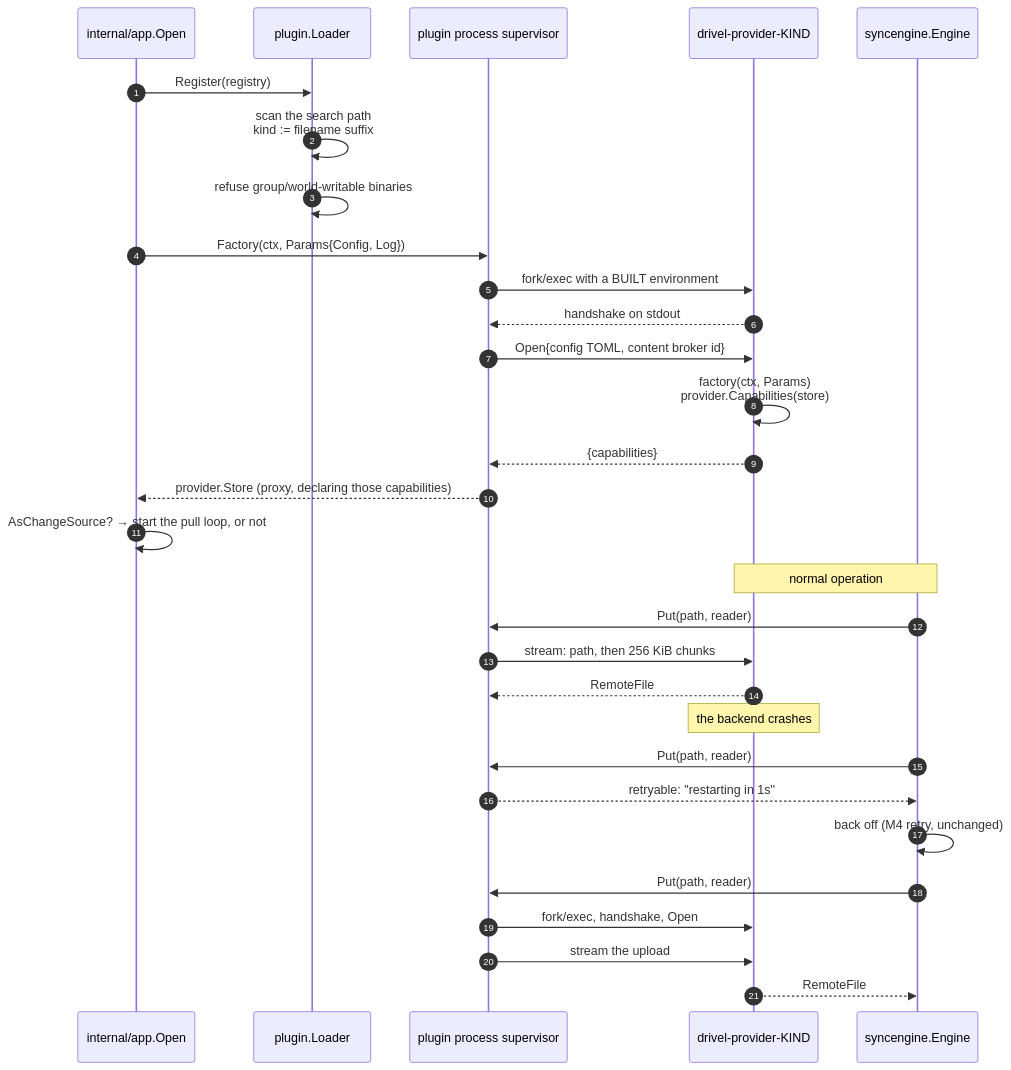
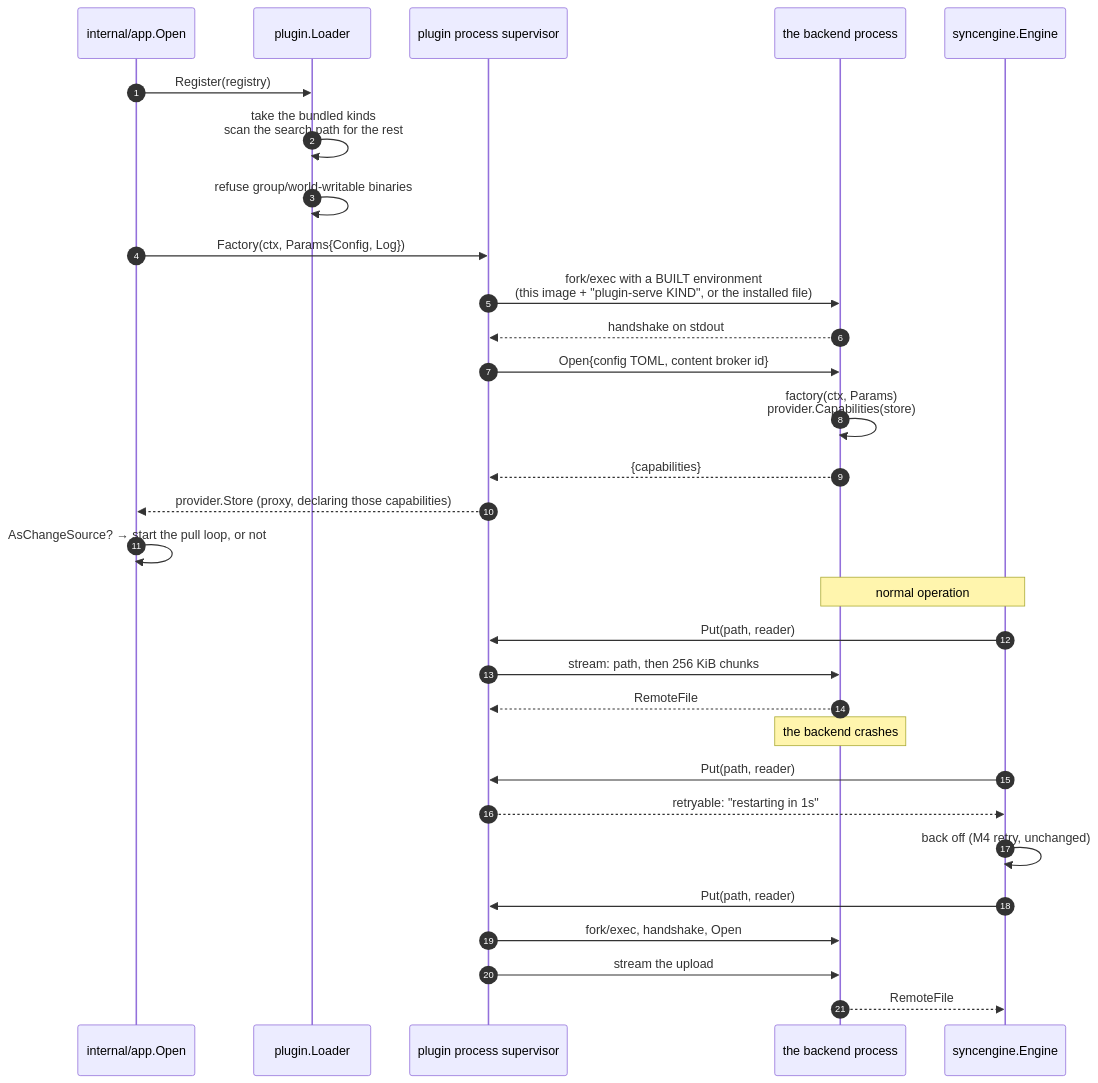
One commit to syshlted/drivel changed the eighth of 9 diagrams in docs/dev/workflows.md. Above: the diagram before and after it, drawn with Mermaid. The commit also changed other lines of this file and 36 other files, not shown here.

````diff
--- a/docs/dev/workflows.md
+++ b/docs/dev/workflows.md
@@ -357,35 +359,35 @@
 ```mermaid
 sequenceDiagram
     autonumber
     participant App as internal/app.Open
     participant Loader as plugin.Loader
     participant Proc as plugin process supervisor
-    participant Plug as drivel-provider-KIND
+    participant Plug as the backend process
     participant Engine as syncengine.Engine
 
     App->>Loader: Register(registry)
-    Loader->>Loader: scan the search path<br/>kind := filename suffix
+    Loader->>Loader: take the bundled kinds<br/>scan the search path for the rest
     Loader->>Loader: refuse group/world-writable binaries
     App->>Proc: Factory(ctx, Params{Config, Log})
-    Proc->>Plug: fork/exec with a BUILT environment
+    Proc->>Plug: fork/exec with a BUILT environment<br/>(this image + "plugin-serve KIND", or the installed file)
     Plug-->>Proc: handshake on stdout
     Proc->>Plug: Open{config TOML, content broker id}
     Plug->>Plug: factory(ctx, Params)<br/>provider.Capabilities(store)
     Plug-->>Proc: {capabilities}
     Proc-->>App: provider.Store (proxy, declaring those capabilities)
     App->>App: AsChangeSource? → start the pull loop, or not
 
     Note over Engine,Plug: normal operation
     Engine->>Proc: Put(path, reader)
     Proc->>Plug: stream: path, then 256 KiB chunks
     Plug-->>Proc: RemoteFile
 
     Note over Plug: the backend crashes
     Engine->>Proc: Put(path, reader)
     Proc-->>Engine: retryable: "restarting in 1s"
     Engine->>Engine: back off (M4 retry, unchanged)
     Engine->>Proc: Put(path, reader)
     Proc->>Plug: fork/exec, handshake, Open
     Proc->>Plug: stream the upload
     Plug-->>Engine: RemoteFile
 ```
````
